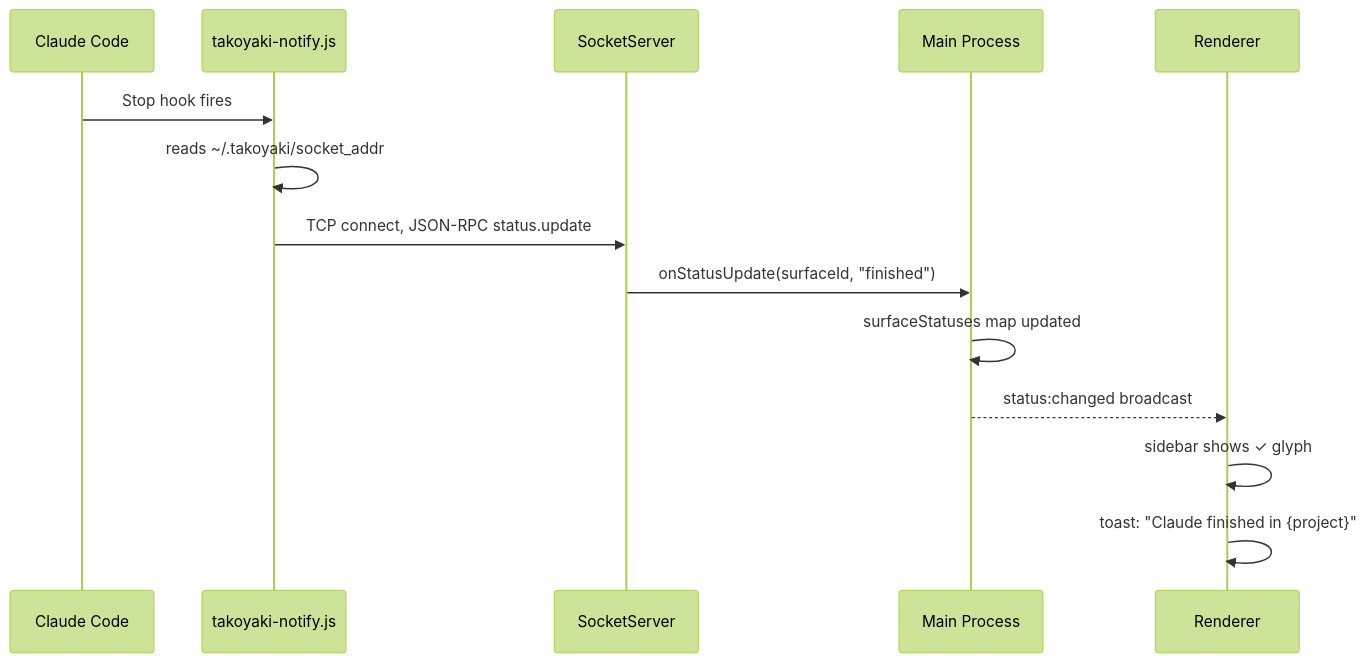
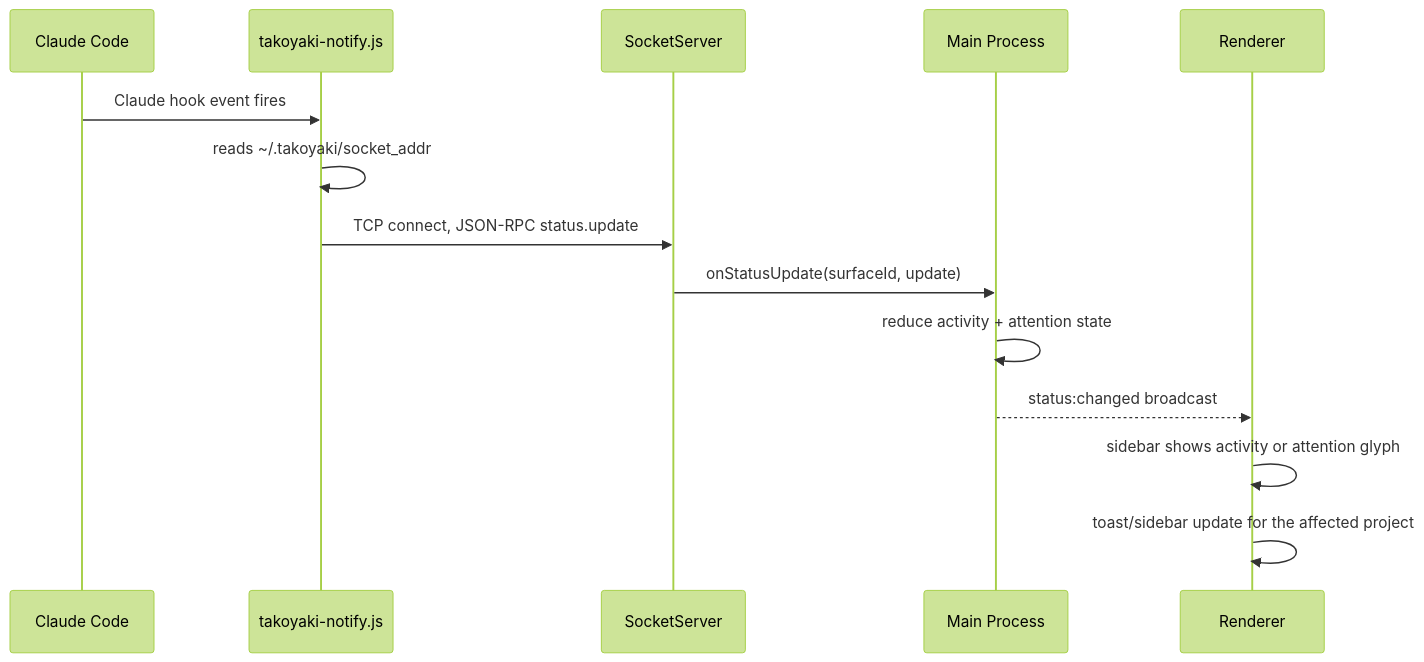
The fourth of 10 diagrams in docs/ARCHITECTURE.md (adikuma/takoyaki), drawn with Mermaid (forest theme) before and after one commit. The commit also changed other lines of this file and 6 other files, not shown here.

````diff
--- a/docs/ARCHITECTURE.md
+++ b/docs/ARCHITECTURE.md
@@ -85,17 +85,17 @@
 ```mermaid
 sequenceDiagram
     participant Claude as Claude Code
     participant Script as takoyaki-notify.js
     participant Socket as SocketServer
     participant Main as Main Process
     participant UI as Renderer
 
-    Claude->>Script: Stop hook fires
+    Claude->>Script: Claude hook event fires
     Script->>Script: reads ~/.takoyaki/socket_addr
     Script->>Socket: TCP connect, JSON-RPC status.update
-    Socket->>Main: onStatusUpdate(surfaceId, "finished")
-    Main->>Main: surfaceStatuses map updated
+    Socket->>Main: onStatusUpdate(surfaceId, update)
+    Main->>Main: reduce activity + attention state
     Main-->>UI: status:changed broadcast
-    UI->>UI: sidebar shows ✓ glyph
-    UI->>UI: toast: "Claude finished in {project}"
+    UI->>UI: sidebar shows activity or attention glyph
+    UI->>UI: toast/sidebar update for the affected project
 ```
````
